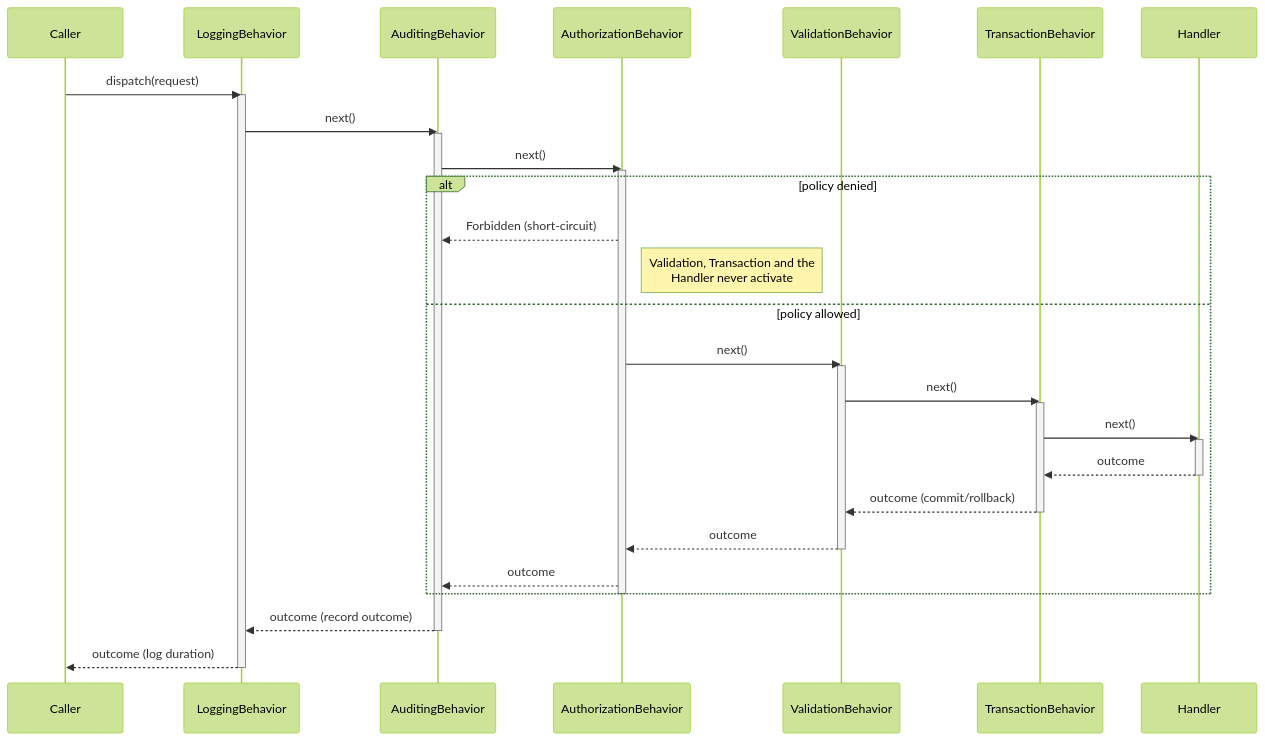
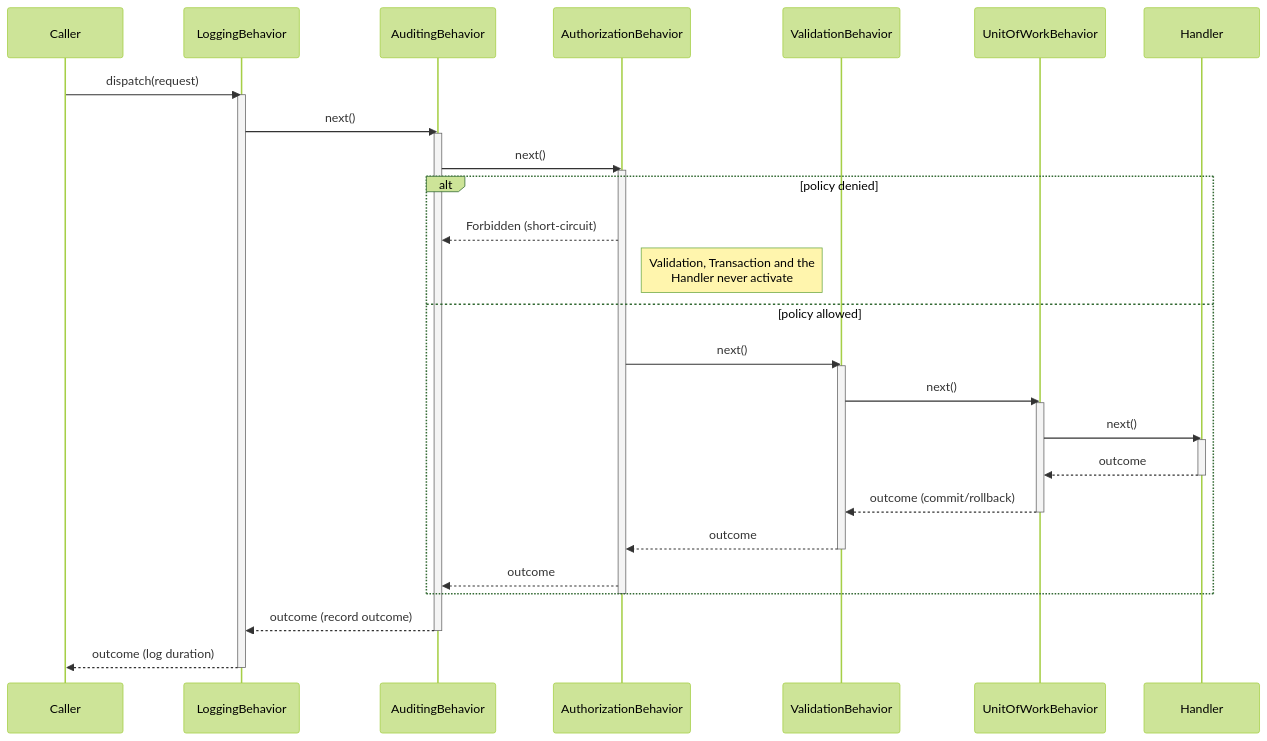
Before and after one commit to rheone/interlocutor: the diagram in documentation/pipeline-and-behaviors.md, drawn with Mermaid (forest theme). The commit also changed other lines of this file and 89 other files, not shown here.

First line of the commit message:
feat: make IUnitOfWork the transaction owner (ADR-0018)

````diff
--- a/documentation/pipeline-and-behaviors.md
+++ b/documentation/pipeline-and-behaviors.md
@@ -375,42 +374,42 @@
 ```mermaid
 sequenceDiagram
     participant Caller
     participant Logging as LoggingBehavior
     participant Auditing as AuditingBehavior
     participant Authorization as AuthorizationBehavior
     participant Validation as ValidationBehavior
-    participant Transaction as TransactionBehavior
+    participant Transaction as UnitOfWorkBehavior
     participant Handler
 
     Caller->>Logging: dispatch(request)
     activate Logging
     Logging->>Auditing: next()
     activate Auditing
     Auditing->>Authorization: next()
     activate Authorization
 
     alt policy denied
         Authorization-->>Auditing: Forbidden (short-circuit)
         Note right of Authorization: Validation, Transaction and the<br/>Handler never activate
     else policy allowed
         Authorization->>Validation: next()
         activate Validation
         Validation->>Transaction: next()
         activate Transaction
         Transaction->>Handler: next()
         activate Handler
         Handler-->>Transaction: outcome
         deactivate Handler
         Transaction-->>Validation: outcome (commit/rollback)
         deactivate Transaction
         Validation-->>Authorization: outcome
         deactivate Validation
         Authorization-->>Auditing: outcome
     end
     deactivate Authorization
 
     Auditing-->>Logging: outcome (record outcome)
     deactivate Auditing
     Logging-->>Caller: outcome (log duration)
     deactivate Logging
 ```
````
